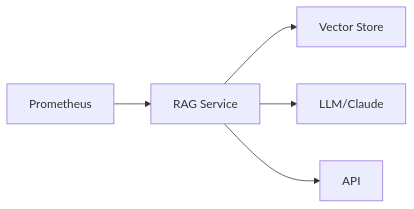
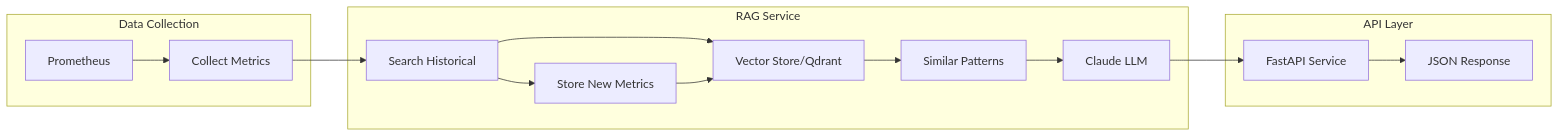
Before and after one commit to awcodify/ragnarock: the diagram in README.md, drawn with Mermaid.

Commit message:
update architecture diagram

````diff
--- a/README.md
+++ b/README.md
@@ -15,7 +15,20 @@
 ```mermaid
 graph LR
-    A[Prometheus] --> B[RAG Service]
-    B --> C[Vector Store]
-    B --> D[LLM/Claude]
-    B --> E[API]
+    subgraph Data Collection
+        Prometheus --> CollectMetrics[Collect Metrics]
+    end
+
+    subgraph RAG Service
+        CollectMetrics --> SearchHistorical[Search Historical]
+        SearchHistorical --> VectorStore[Vector Store/Qdrant]
+        VectorStore --> Analysis[Similar Patterns]
+        Analysis --> Claude[Claude LLM]
+        SearchHistorical --> StoreNew[Store New Metrics]
+        StoreNew --> VectorStore
+    end
+
+    subgraph API Layer
+        Claude --> APIEndpoints[FastAPI Service]
+        APIEndpoints --> Response[JSON Response]
+    end
 ```
````
